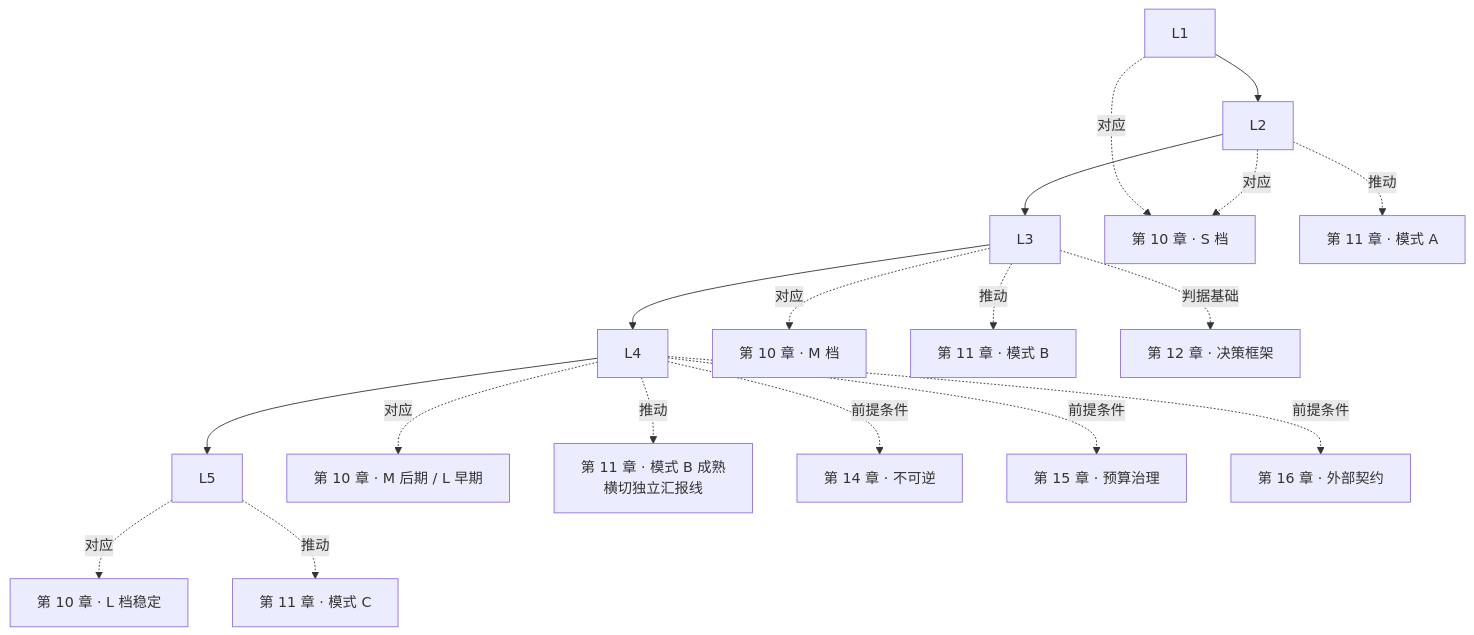
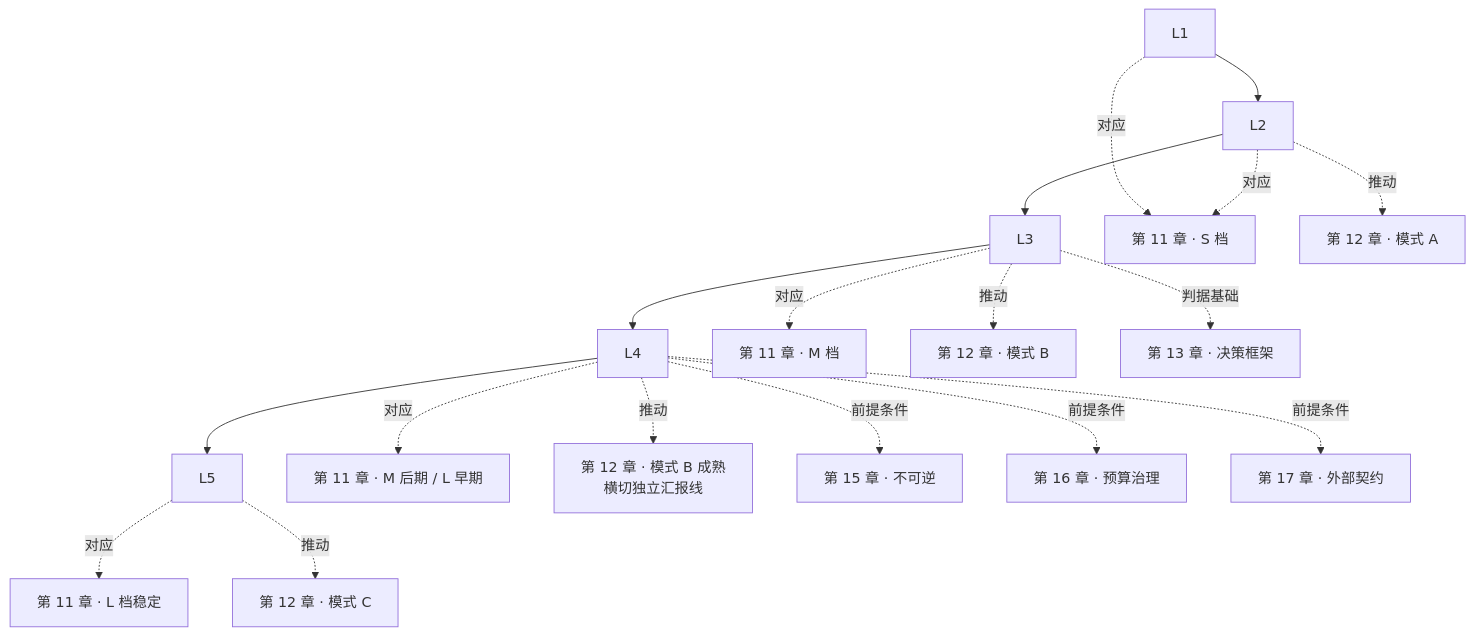
The second of 2 diagrams in 架构/04-AI-SRE成熟度模型.md (oh-my-vibe-coding/ai-reliability-architecture), drawn with Mermaid before and after one commit. The commit also changed other lines of this file and 51 other files, not shown here.

First line of the commit message:
release: v1.12.0 — 新增第 7 章《从链到图》+ 深入 29 + 全书重编号

````diff
--- a/架构/04-AI-SRE成熟度模型.md
+++ b/架构/04-AI-SRE成熟度模型.md
@@ -309,20 +309,20 @@
 ```mermaid
 flowchart TB
     L1[L1] --> L2[L2] --> L3[L3] --> L4[L4] --> L5[L5]
 
-    L1 -.对应.-> A1S[第 10 章 · S 档]
+    L1 -.对应.-> A1S[第 11 章 · S 档]
     L2 -.对应.-> A1S
-    L3 -.对应.-> A1M[第 10 章 · M 档]
-    L4 -.对应.-> A1ML[第 10 章 · M 后期 / L 早期]
-    L5 -.对应.-> A1L[第 10 章 · L 档稳定]
+    L3 -.对应.-> A1M[第 11 章 · M 档]
+    L4 -.对应.-> A1ML[第 11 章 · M 后期 / L 早期]
+    L5 -.对应.-> A1L[第 11 章 · L 档稳定]
 
-    L2 -.推动.-> A2A[第 11 章 · 模式 A]
-    L3 -.推动.-> A2B[第 11 章 · 模式 B]
-    L4 -.推动.-> A2B2[第 11 章 · 模式 B 成熟<br/>横切独立汇报线]
-    L5 -.推动.-> A2C[第 11 章 · 模式 C]
+    L2 -.推动.-> A2A[第 12 章 · 模式 A]
+    L3 -.推动.-> A2B[第 12 章 · 模式 B]
+    L4 -.推动.-> A2B2[第 12 章 · 模式 B 成熟<br/>横切独立汇报线]
+    L5 -.推动.-> A2C[第 12 章 · 模式 C]
 
-    L3 -.判据基础.-> A3[第 12 章 · 决策框架]
-    L4 -.前提条件.-> A5[第 14 章 · 不可逆]
-    L4 -.前提条件.-> A6[第 15 章 · 预算治理]
-    L4 -.前提条件.-> A7[第 16 章 · 外部契约]
+    L3 -.判据基础.-> A3[第 13 章 · 决策框架]
+    L4 -.前提条件.-> A5[第 15 章 · 不可逆]
+    L4 -.前提条件.-> A6[第 16 章 · 预算治理]
+    L4 -.前提条件.-> A7[第 17 章 · 外部契约]
 ```
````
